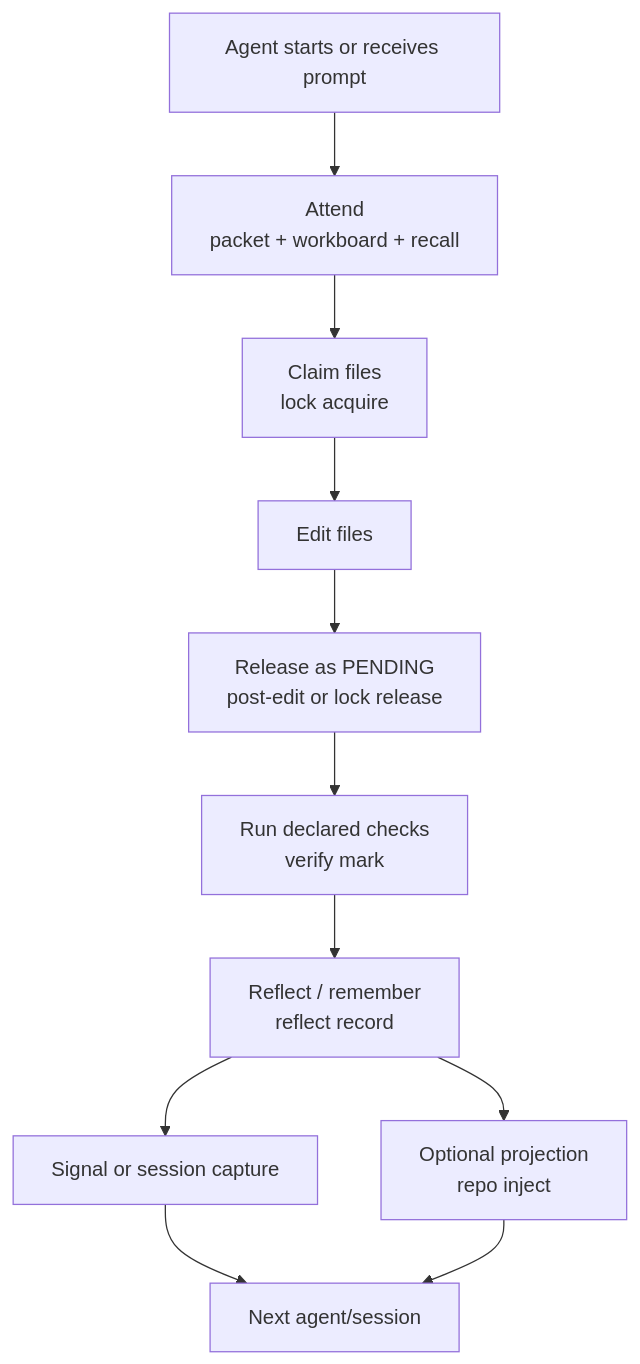
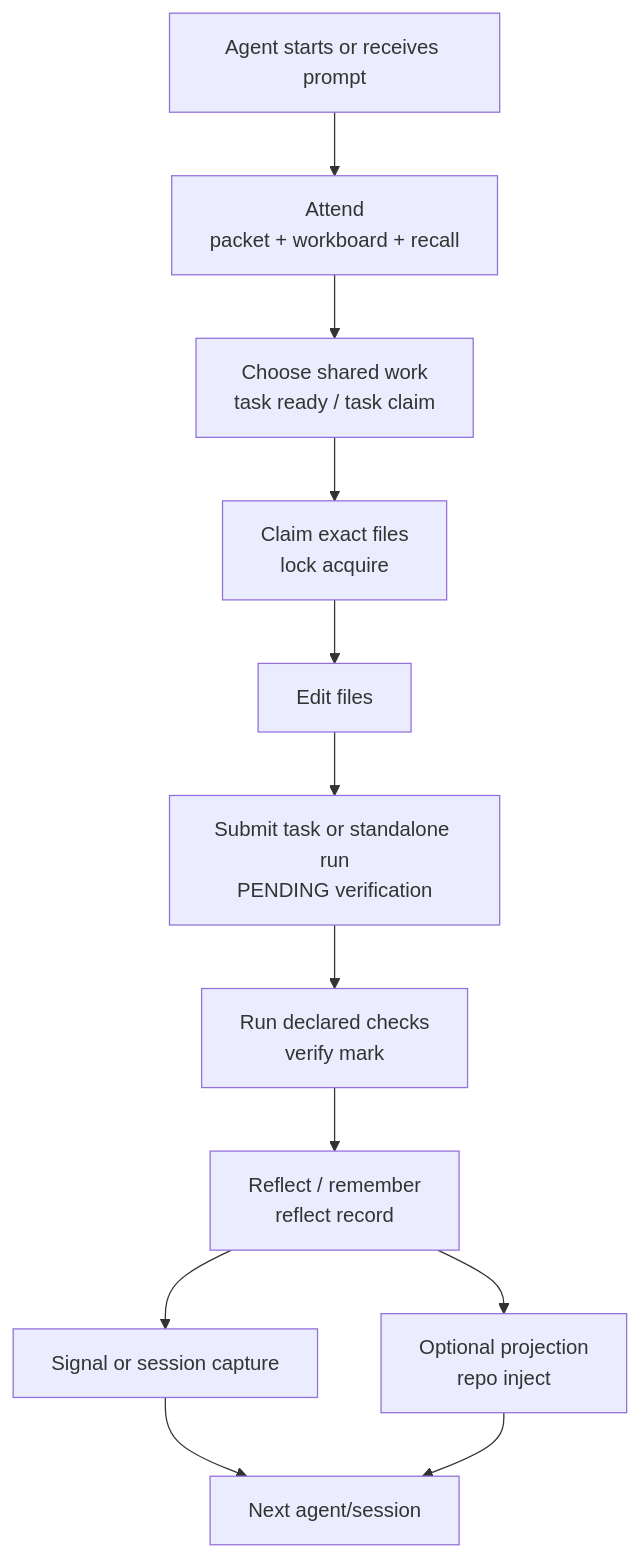
The diagram in packages/octocode-awareness/docs/HARNESS.md (yermakoffivan/octocode), drawn with Mermaid before and after one commit. The commit also changed other lines of this file and 129 other files, not shown here.

````diff
--- a/packages/octocode-awareness/docs/HARNESS.md
+++ b/packages/octocode-awareness/docs/HARNESS.md
@@ -51,13 +52,14 @@
 ```mermaid
 flowchart TD
   Prompt["Agent starts or receives prompt"] --> Attend["Attend\npacket + workboard + recall"]
-  Attend --> Claim["Claim files\nlock acquire"]
+  Attend --> Choose["Choose shared work\ntask ready / task claim"]
+  Choose --> Claim["Claim exact files\nlock acquire"]
   Claim --> Work["Edit files"]
-  Work --> Pending["Release as PENDING\npost-edit or lock release"]
+  Work --> Pending["Submit task or standalone run\nPENDING verification"]
   Pending --> Verify["Run declared checks\nverify mark"]
   Verify --> Reflect["Reflect / remember\nreflect record"]
   Reflect --> Wiki["Optional projection\nrepo inject"]
   Reflect --> Handoff["Signal or session capture"]
   Handoff --> Next["Next agent/session"]
   Wiki --> Next
 ```
````
